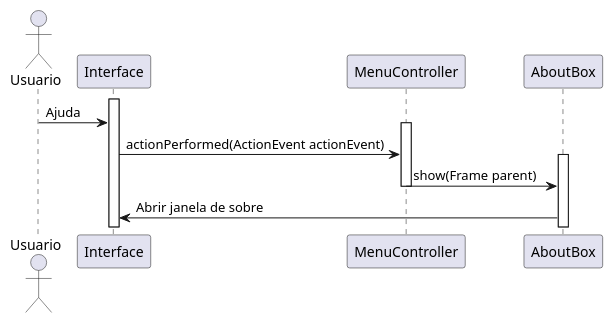
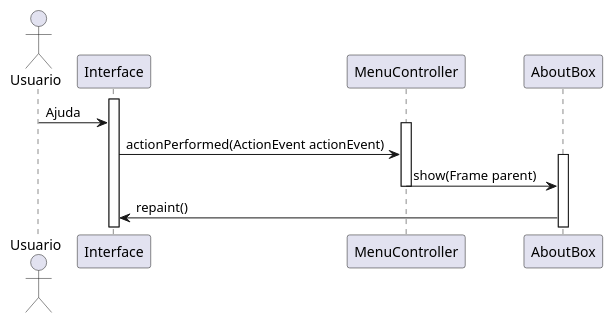
Before and after one commit to gabrielrtlima/diagramas-padroes-projeto: the diagram in sequencias/ajudaSobre.puml, drawn with PlantUML. The commit also changed 3 other files, not shown here.

Commit message:
adicionando pular item e reformulando diagramas

```diff
--- a/sequencias/ajudaSobre.puml
+++ b/sequencias/ajudaSobre.puml
@@ -1,17 +1,17 @@
 @startuml
 
 Actor Usuario as Usuario
 
 Activate Interface
 Usuario -> Interface : Ajuda
 
 Activate MenuController
 Interface -> MenuController : actionPerformed(ActionEvent actionEvent)
 
 Activate AboutBox
 MenuController -> AboutBox : show(Frame parent)
 Deactivate MenuController
 
-AboutBox -> Interface : Abrir janela de sobre
+AboutBox -> Interface : repaint()
 
 @enduml
```
